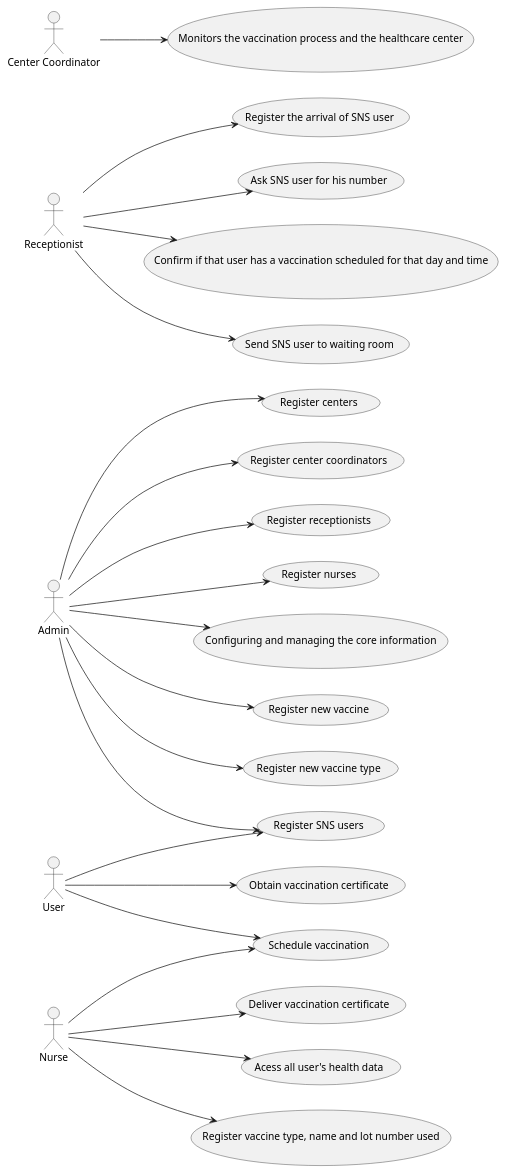
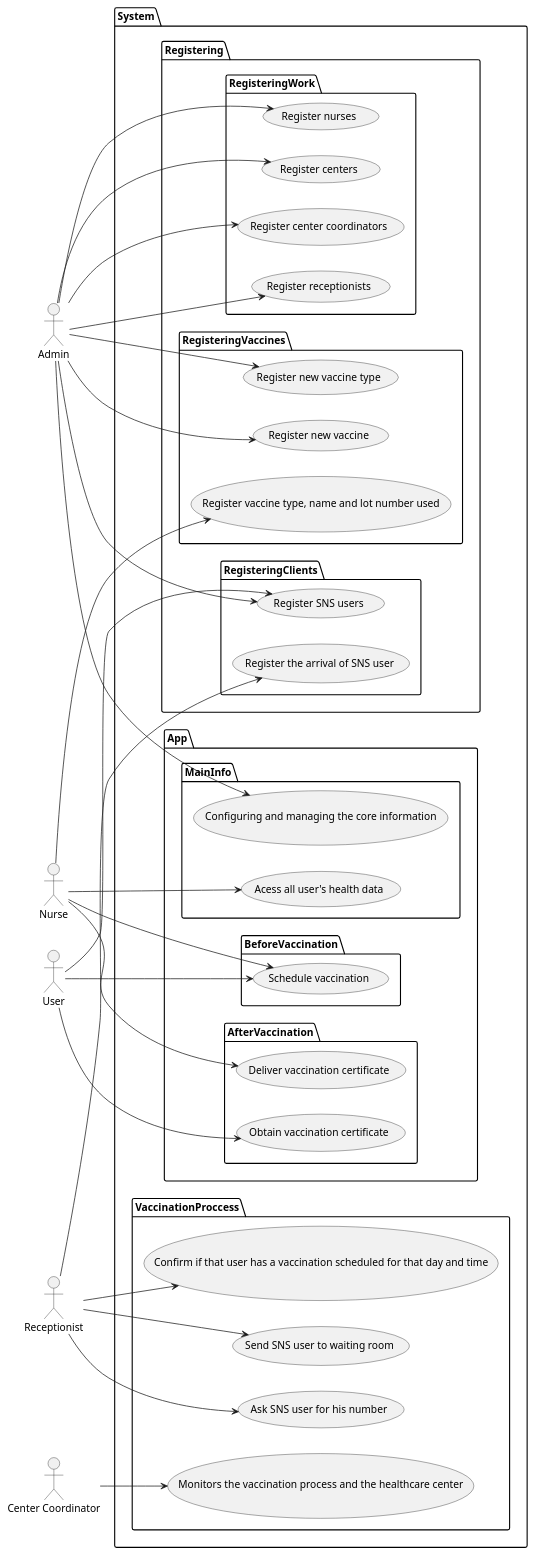
The diagram in docs/SprintA/Diagram.puml (PedroMesquita1211171/VaccinationManager), drawn with PlantUML before and after one commit. The commit also changed 3 other files, not shown here.

Commit message:
UseCase Diagram with Packages

```diff
--- a/docs/SprintA/Diagram.puml
+++ b/docs/SprintA/Diagram.puml
@@ -1,54 +1,85 @@
 @startuml
 actor "Admin" as adm
 actor "Nurse" as nur
 actor "Receptionist" as rcp
 actor "User" as user
 actor "Center Coordinator" as cc
 
-usecase UC01 as "Schedule vaccination"
-usecase UC02 as "Obtain vaccination certificate"
-usecase UC03 as "Deliver vaccination certificate"
-usecase UC04 as "Acess all user's health data"
-usecase UC05 as "Register centers"
-usecase UC06 as "Register SNS users"
-usecase UC07 as "Register center coordinators"
-usecase UC08 as "Register receptionists"
-usecase UC09 as "Register nurses"
-usecase UC10 as "Configuring and managing the core information"
-usecase UC11 as "Register the arrival of SNS user"
-usecase UC12 as "Ask SNS user for his number"
-usecase UC13 as "Confirm if that user has a vaccination scheduled for that day and time"
-usecase UC14 as "Send SNS user to waiting room"
-usecase UC15 as "Register vaccine type, name and lot number used"
-usecase UC16 as "Register new vaccine"
-usecase UC17 as "Register new vaccine type"
-usecase UC18 as "Monitors the vaccination process and the healthcare center"
+package System{
+   package Registering{
+    package RegisteringVaccines{
+        usecase UC15 as "Register vaccine type, name and lot number used"
+        usecase UC16 as "Register new vaccine"
+        usecase UC17 as "Register new vaccine type"
+    }
+    package RegisteringWork{
+        usecase UC07 as "Register center coordinators"
+        usecase UC08 as "Register receptionists"
+        usecase UC09 as "Register nurses"
+        usecase UC05 as "Register centers"
+    }
+    package RegisteringClients{
+        usecase UC06 as "Register SNS users"
+        usecase UC11 as "Register the arrival of SNS user"
+    }
+
+ }
+   package VaccinationProccess{
+      usecase UC12 as "Ask SNS user for his number"
+      usecase UC13 as "Confirm if that user has a vaccination scheduled for that day and time"
+      usecase UC14 as "Send SNS user to waiting room"
+      usecase UC18 as "Monitors the vaccination process and the healthcare center"
+   }
+
+
+package App{
+     package BeforeVaccination{
+         usecase UC01 as "Schedule vaccination"
+     }
+     package AfterVaccination{
+         usecase UC02 as "Obtain vaccination certificate"
+         usecase UC03 as "Deliver vaccination certificate"
+     }
+     package MainInfo{
+             usecase UC04 as "Acess all user's health data"
+             usecase UC10 as "Configuring and managing the core information"
+     }
+
+}
+
+
+
+}
+
+
 
 
 left to right direction
 user --> (UC01)
 user --> (UC02)
 user --> (UC06)
 
 
 adm --> (UC10)
 adm --> (UC05)
 adm --> (UC06)
 adm --> (UC07)
 adm --> (UC08)
 adm --> (UC09)
 adm --> (UC16)
 adm --> (UC17)
 
 
 nur --> (UC03)
 nur --> (UC04)
 nur --> (UC01)
 rcp --> (UC11)
 rcp --> (UC12)
 rcp --> (UC13)
 rcp --> (UC14)
 nur --> (UC15)
+
+
 cc --> (UC18)
 
 @enduml do ano passado
```
